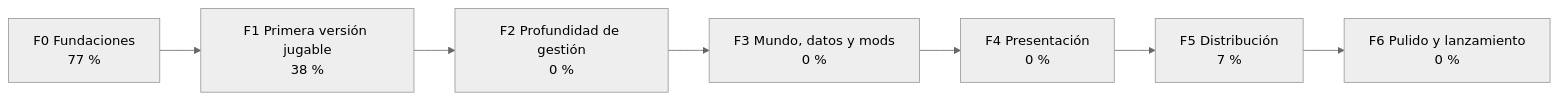
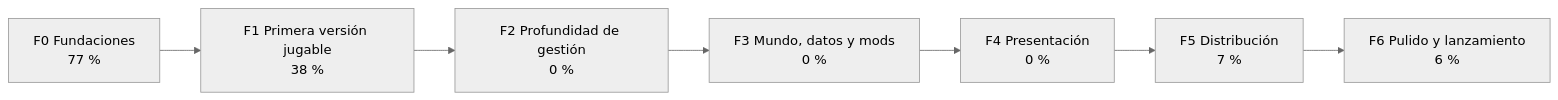
Before and after one commit to dariogea/BM27: the first of 2 diagrams in README.md, drawn with Mermaid (neutral theme). The commit also changed other lines of this file and 10 other files, not shown here.

````diff
--- a/README.md
+++ b/README.md
@@ -52,11 +61,11 @@
 ```mermaid
 flowchart LR
   F0["F0 Fundaciones<br/>77 %"]
   F1["F1 Primera versión jugable<br/>38 %"]
   F2["F2 Profundidad de gestión<br/>0 %"]
   F3["F3 Mundo, datos y mods<br/>0 %"]
   F4["F4 Presentación<br/>0 %"]
   F5["F5 Distribución<br/>7 %"]
-  F6["F6 Pulido y lanzamiento<br/>0 %"]
+  F6["F6 Pulido y lanzamiento<br/>6 %"]
   F0 --> F1 --> F2 --> F3 --> F4 --> F5 --> F6
 ```
````
